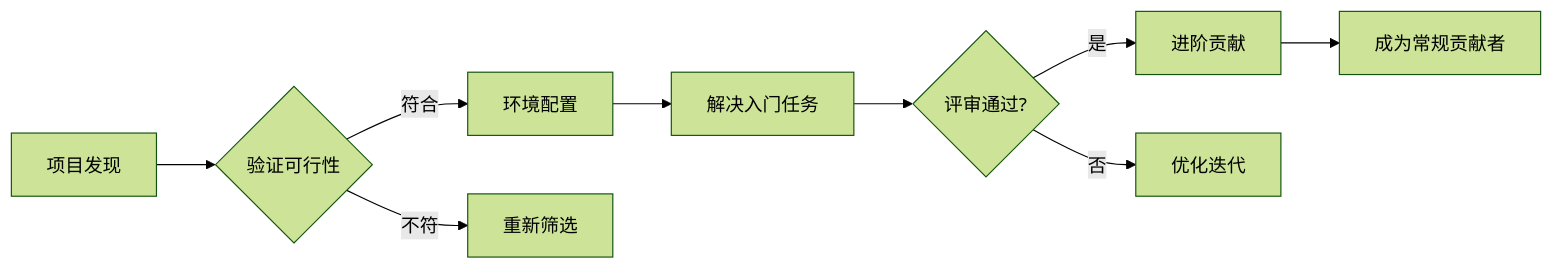
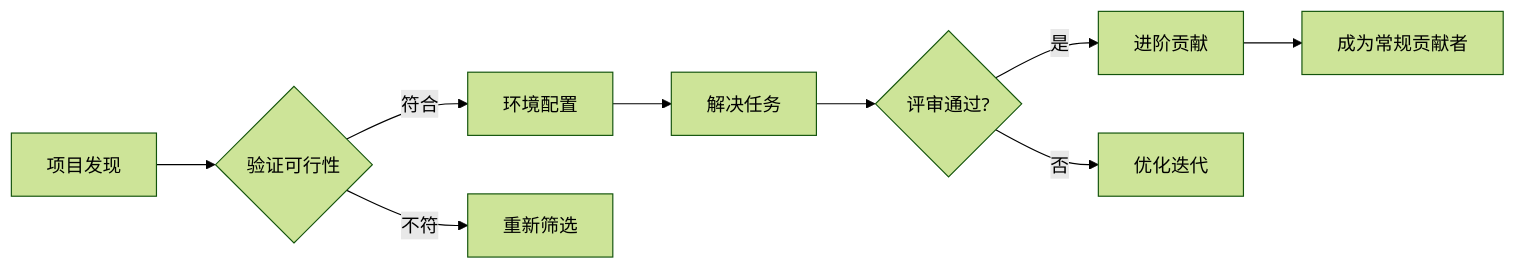
The first of 2 diagrams in docs/ch3/sec1/subsec3/7-participate-in.md (hust-open-atom-club/intro2oss), drawn with Mermaid (forest theme) before and after one commit. The commit also changed other lines of this file, not shown here.

````diff
--- a/docs/ch3/sec1/subsec3/7-participate-in.md
+++ b/docs/ch3/sec1/subsec3/7-participate-in.md
@@ -23,11 +23,11 @@
 ```mermaid
 graph LR
     A[项目发现] --> B{验证可行性}
     B -->|符合| C[环境配置]
     B -->|不符| D[重新筛选]
-    C --> E[解决入门任务]
+    C --> E[解决任务]
     E --> F{评审通过?}
     F -->|是| G[进阶贡献]
     F -->|否| H[优化迭代]
     G --> I[成为常规贡献者]
 ```
````
